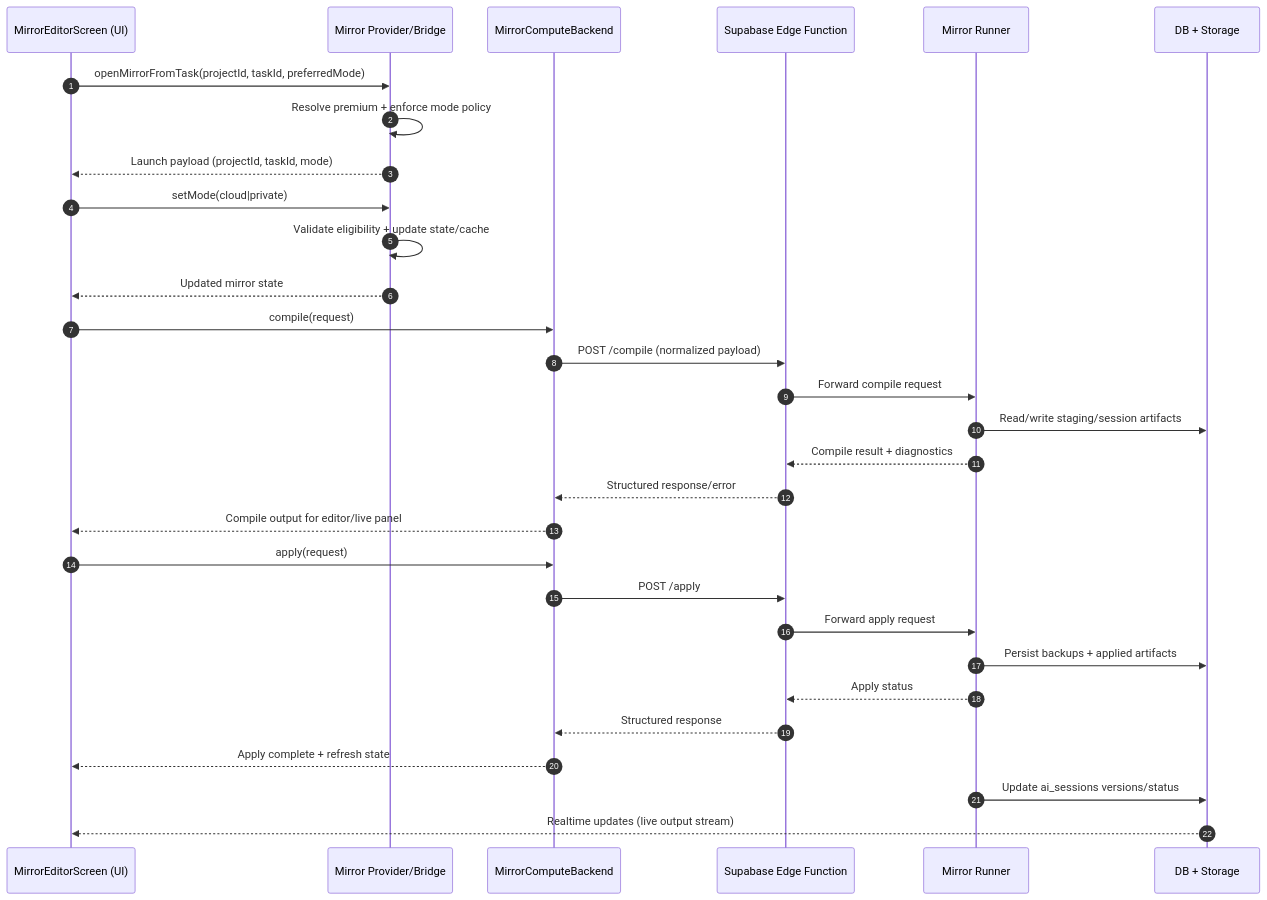
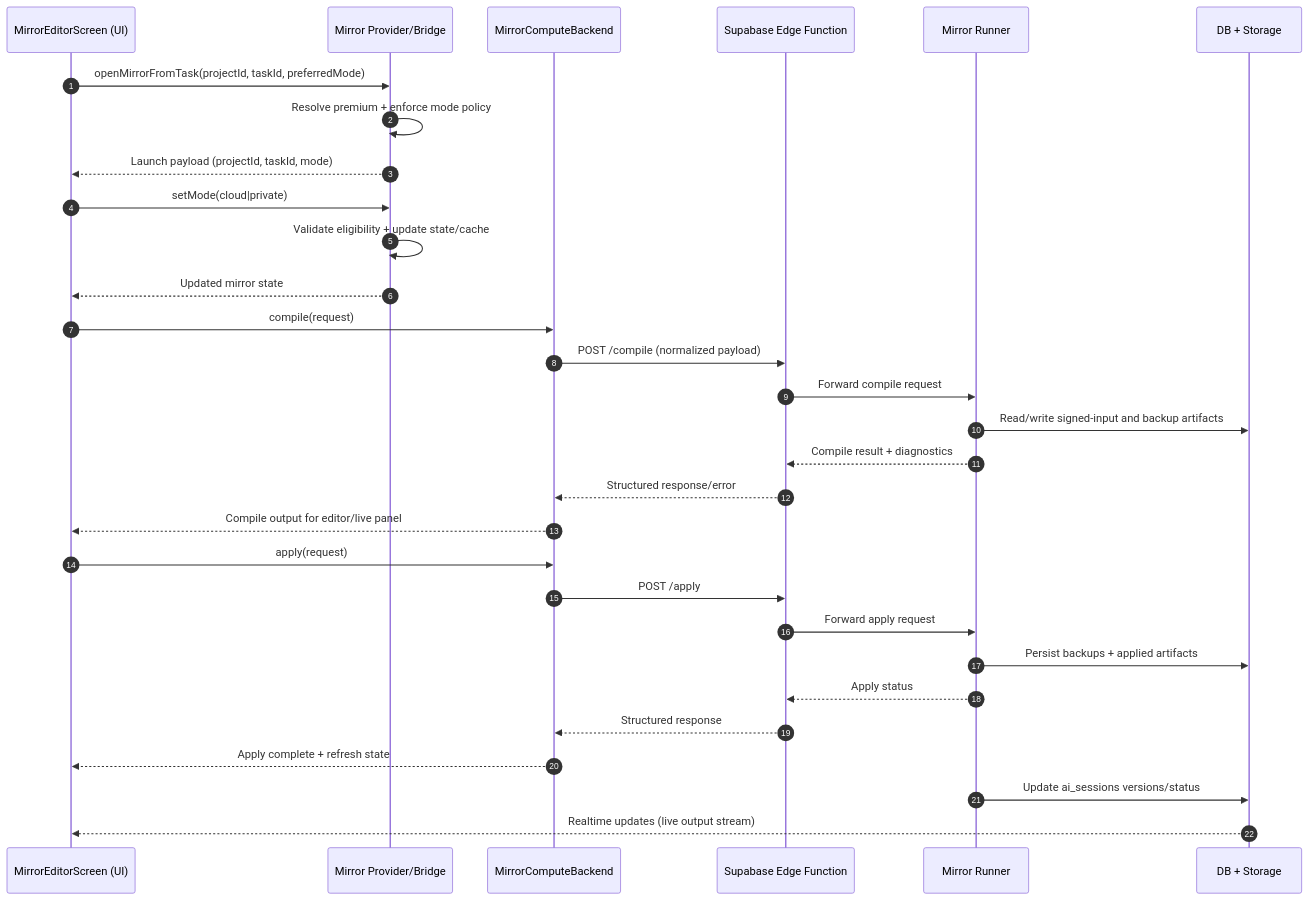
The diagram in docs/mirror-architecture.md (Steve-Mee/project-management-app), drawn with Mermaid before and after one commit. The commit also changed other lines of this file and 34 other files, not shown here.

Commit message:
feat(mirror): harden runtime flow and finalize readiness docs

````diff
--- a/docs/mirror-architecture.md
+++ b/docs/mirror-architecture.md
@@ -102,37 +102,37 @@
 ```mermaid
 sequenceDiagram
     autonumber
     participant UI as MirrorEditorScreen (UI)
     participant Provider as Mirror Provider/Bridge
     participant Backend as MirrorComputeBackend
     participant Edge as Supabase Edge Function
     participant Runner as Mirror Runner
     participant Storage as DB + Storage
 
     UI->>Provider: openMirrorFromTask(projectId, taskId, preferredMode)
     Provider->>Provider: Resolve premium + enforce mode policy
     Provider-->>UI: Launch payload (projectId, taskId, mode)
 
     UI->>Provider: setMode(cloud|private)
     Provider->>Provider: Validate eligibility + update state/cache
     Provider-->>UI: Updated mirror state
 
     UI->>Backend: compile(request)
     Backend->>Edge: POST /compile (normalized payload)
     Edge->>Runner: Forward compile request
-    Runner->>Storage: Read/write staging/session artifacts
+    Runner->>Storage: Read/write signed-input and backup artifacts
     Runner-->>Edge: Compile result + diagnostics
     Edge-->>Backend: Structured response/error
     Backend-->>UI: Compile output for editor/live panel
 
     UI->>Backend: apply(request)
     Backend->>Edge: POST /apply
     Edge->>Runner: Forward apply request
     Runner->>Storage: Persist backups + applied artifacts
     Runner-->>Edge: Apply status
     Edge-->>Backend: Structured response
     Backend-->>UI: Apply complete + refresh state
 
     Runner->>Storage: Update ai_sessions versions/status
     Storage-->>UI: Realtime updates (live output stream)
 ```
````
